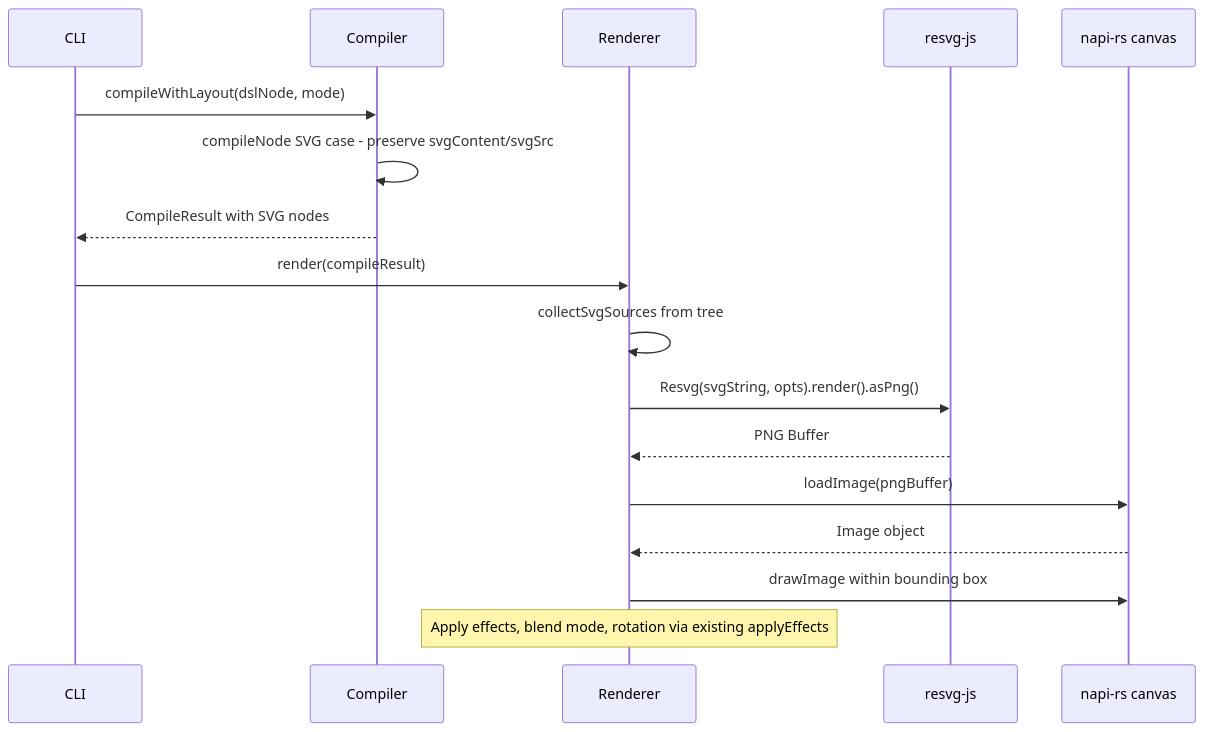
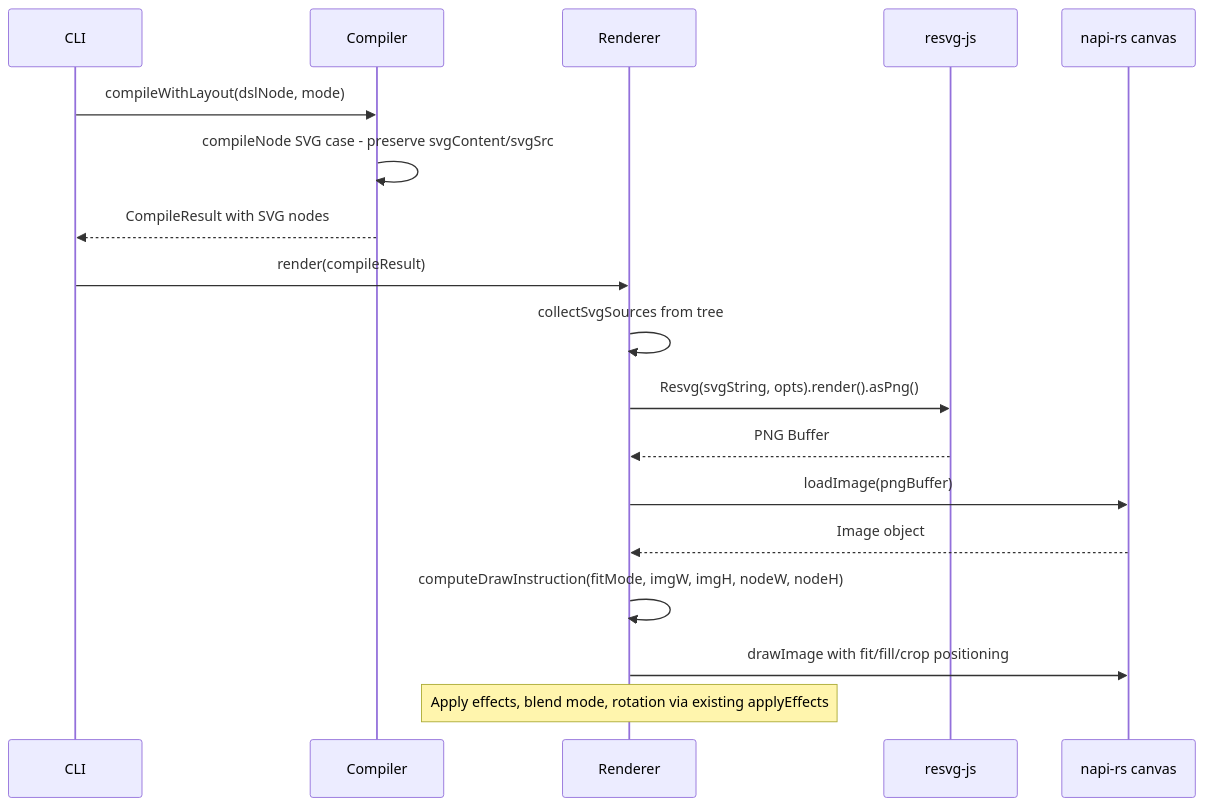
Before and after one commit to TETRA2000/figma-component-dsl: the second of 3 diagrams in .kiro/specs/svg/design.md, drawn with Mermaid. The commit also changed other lines of this file and 2 other files, not shown here.

````diff
--- a/.kiro/specs/svg/design.md
+++ b/.kiro/specs/svg/design.md
@@ -91,21 +91,22 @@
 ```mermaid
 sequenceDiagram
   participant CLI
   participant Compiler
   participant Renderer
   participant ResvgJS as resvg-js
   participant Canvas as napi-rs canvas
 
   CLI->>Compiler: compileWithLayout(dslNode, mode)
   Compiler->>Compiler: compileNode SVG case - preserve svgContent/svgSrc
   Compiler-->>CLI: CompileResult with SVG nodes
 
   CLI->>Renderer: render(compileResult)
   Renderer->>Renderer: collectSvgSources from tree
   Renderer->>ResvgJS: Resvg(svgString, opts).render().asPng()
   ResvgJS-->>Renderer: PNG Buffer
   Renderer->>Canvas: loadImage(pngBuffer)
   Canvas-->>Renderer: Image object
-  Renderer->>Canvas: drawImage within bounding box
+  Renderer->>Renderer: computeDrawInstruction(fitMode, imgW, imgH, nodeW, nodeH)
+  Renderer->>Canvas: drawImage with fit/fill/crop positioning
   Note over Renderer: Apply effects, blend mode, rotation via existing applyEffects
 ```
````
